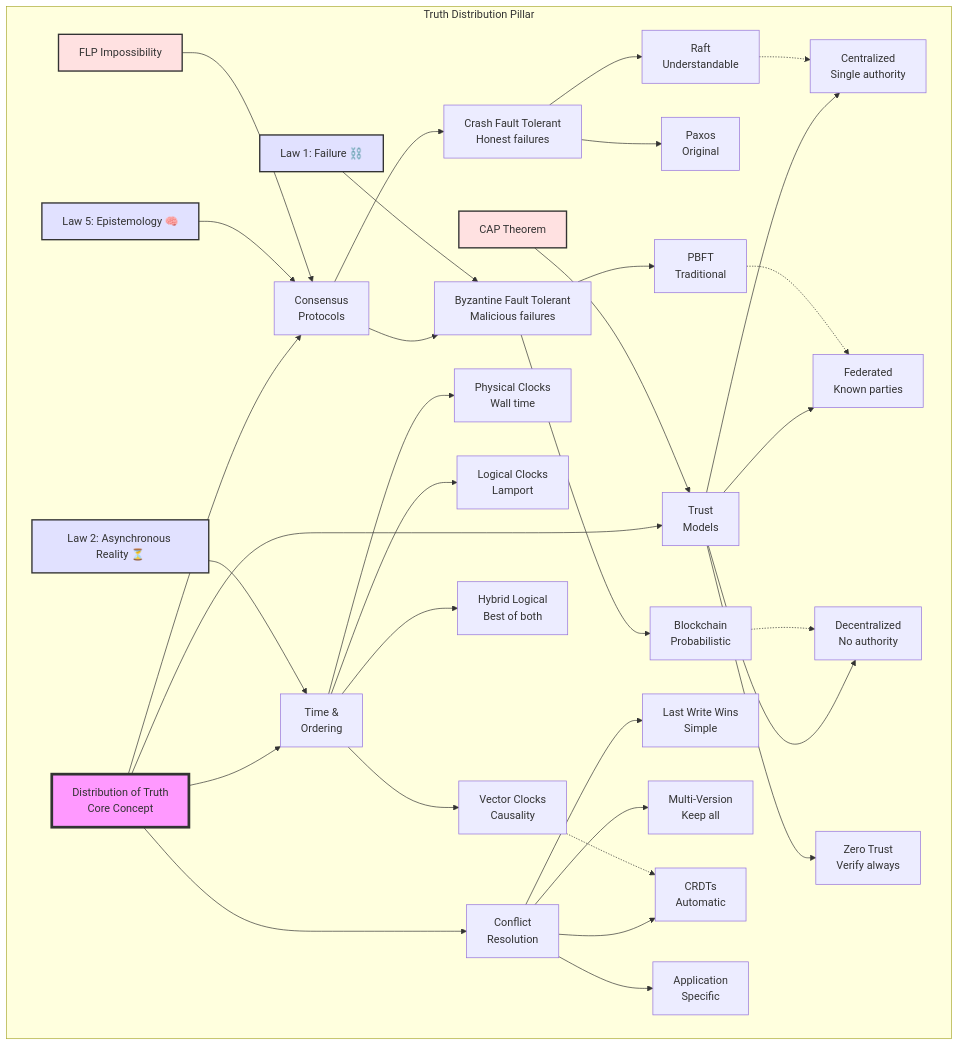
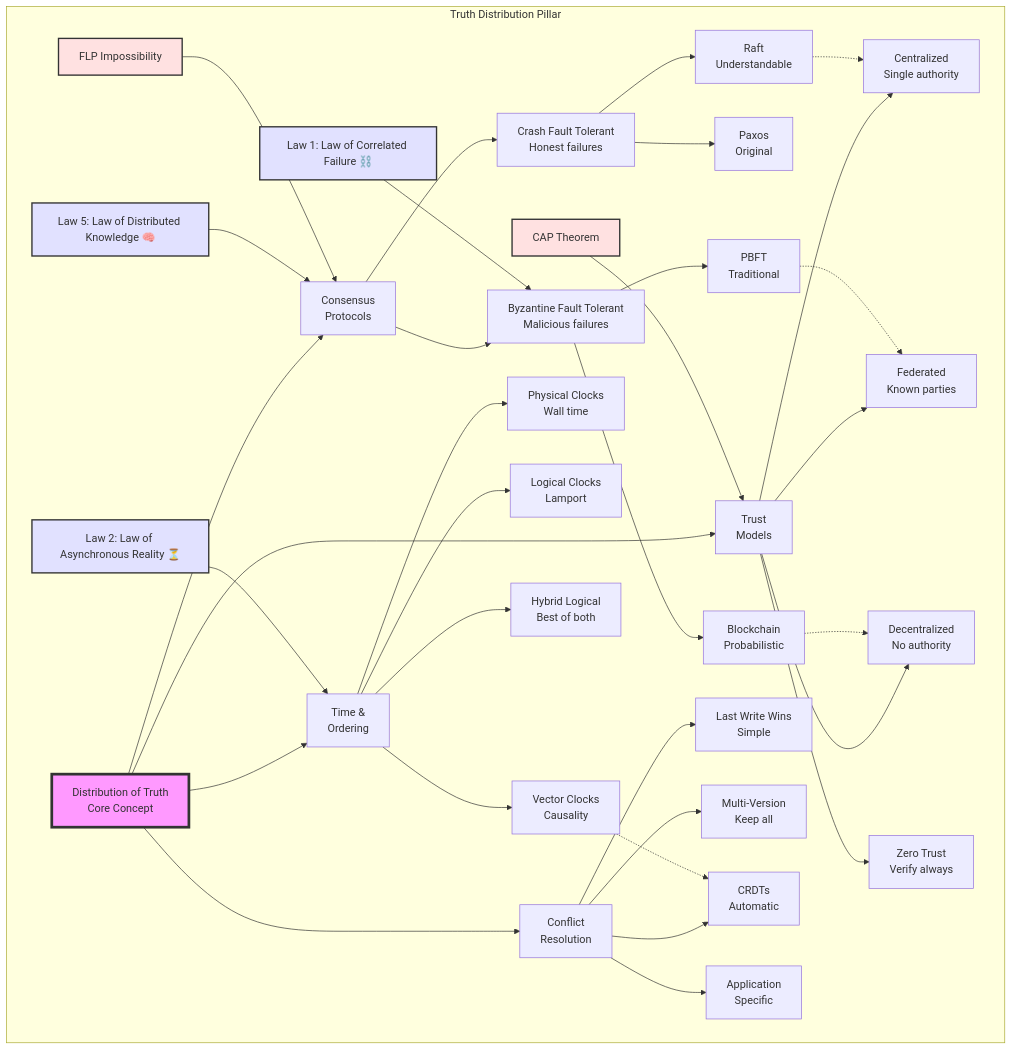
One commit to deepaucksharma/DStudio changed the sixth of 39 diagrams in docs/part2-pillars/truth/index.md. Above: the diagram before and after it, drawn with Mermaid. The commit also changed other lines of this file and 176 other files, not shown here.

````diff
--- a/docs/part2-pillars/truth/index.md
+++ b/docs/part2-pillars/truth/index.md
@@ -199,57 +199,57 @@
 ```mermaid
 graph TB
     subgraph "Truth Distribution Pillar"
         Core[Distribution of Truth<br/>Core Concept]
 
         Core --> Consensus[Consensus<br/>Protocols]
         Core --> Time[Time &<br/>Ordering]
         Core --> Conflict[Conflict<br/>Resolution]
         Core --> Trust[Trust<br/>Models]
 
         %% Consensus branch
         Consensus --> CFT[Crash Fault Tolerant<br/>Honest failures]
         Consensus --> BFT[Byzantine Fault Tolerant<br/>Malicious failures]
         CFT --> Paxos[Paxos<br/>Original]
         CFT --> Raft[Raft<br/>Understandable]
         BFT --> PBFT[PBFT<br/>Traditional]
         BFT --> Blockchain[Blockchain<br/>Probabilistic]
 
         %% Time branch
         Time --> Physical[Physical Clocks<br/>Wall time]
         Time --> Logical[Logical Clocks<br/>Lamport]
         Time --> Vector[Vector Clocks<br/>Causality]
         Time --> Hybrid[Hybrid Logical<br/>Best of both]
 
         %% Conflict branch
         Conflict --> LWW[Last Write Wins<br/>Simple]
         Conflict --> MVCC[Multi-Version<br/>Keep all]
         Conflict --> CRDTs[CRDTs<br/>Automatic]
         Conflict --> Custom[Application<br/>Specific]
 
         %% Trust branch
         Trust --> Central[Centralized<br/>Single authority]
         Trust --> Federation[Federated<br/>Known parties]
         Trust --> Decentralized[Decentralized<br/>No authority]
         Trust --> Zero[Zero Trust<br/>Verify always]
 
         %% Key relationships
         Raft -.-> Central
         Blockchain -.-> Decentralized
         Vector -.-> CRDTs
         PBFT -.-> Federation
 
         %% Law connections
-        Law1[Law 1: Failure ⛓️] --> BFT
-        Law2[Law 2: Asynchronous Reality ⏳] --> Time
-        Law5[Law 5: Epistemology 🧠] --> Consensus
+        Law1[Law 1: Law of Correlated Failure ⛓️] --> BFT
+        Law2[Law 2: Law of Asynchronous Reality ⏳] --> Time
+        Law5[Law 5: Law of Distributed Knowledge 🧠] --> Consensus
         FLP[FLP Impossibility] --> Consensus
         CAP[CAP Theorem] --> Trust
     end
 
     style Core fill:#f9f,stroke:#333,stroke-width:4px
     style Law1 fill:#e1e1ff,stroke:#333,stroke-width:2px
     style Law2 fill:#e1e1ff,stroke:#333,stroke-width:2px
     style Law5 fill:#e1e1ff,stroke:#333,stroke-width:2px
     style FLP fill:#ffe1e1,stroke:#333,stroke-width:2px
     style CAP fill:#ffe1e1,stroke:#333,stroke-width:2px
 ```
````
